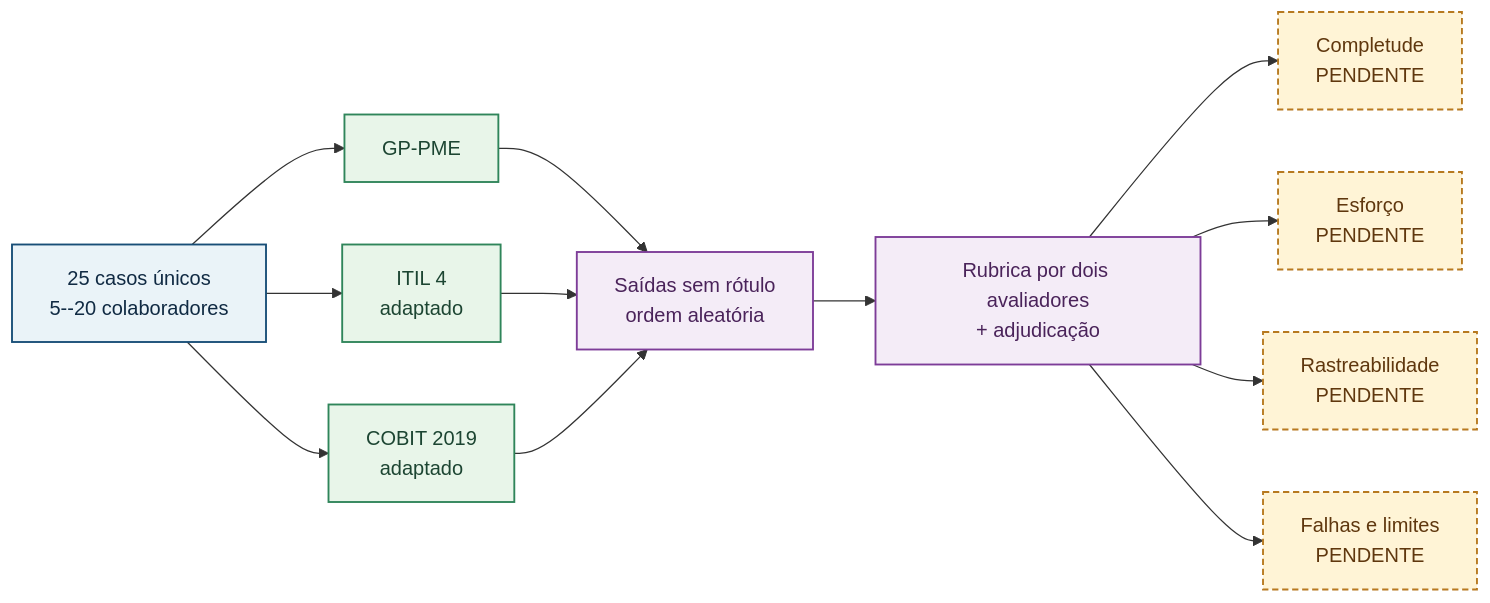
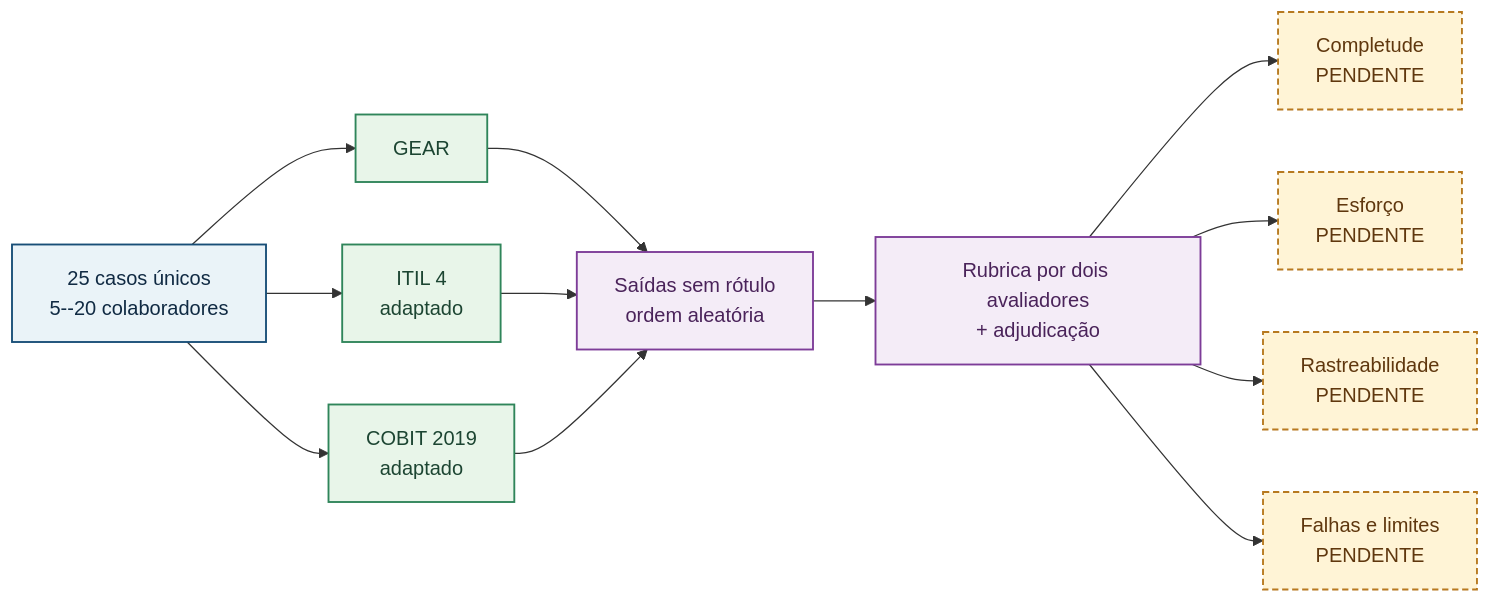
One commit to andrecodexvictor/GP-Pme changed the diagram in GP-Pme Article/overleaf/figures/mermaid/results-template.mmd. Above: the diagram before and after it, drawn with Mermaid. The commit also changed 351 other files, not shown here.

```diff
--- a/GP-Pme Article/overleaf/figures/mermaid/results-template.mmd
+++ b/GP-Pme Article/overleaf/figures/mermaid/results-template.mmd
@@ -1,22 +1,22 @@
 flowchart LR
-    A["25 casos únicos<br/>5--20 colaboradores"] --> B1["GP-PME"]
+    A["25 casos únicos<br/>5--20 colaboradores"] --> B1["GEAR"]
     A --> B2["ITIL 4<br/>adaptado"]
     A --> B3["COBIT 2019<br/>adaptado"]
 
     B1 --> C["Saídas sem rótulo<br/>ordem aleatória"]
     B2 --> C
     B3 --> C
     C --> D["Rubrica por dois avaliadores<br/>+ adjudicação"]
     D --> E1["Completude<br/>PENDENTE"]
     D --> E2["Esforço<br/>PENDENTE"]
     D --> E3["Rastreabilidade<br/>PENDENTE"]
     D --> E4["Falhas e limites<br/>PENDENTE"]
 
     classDef input fill:#EAF3F8,stroke:#184E77,color:#102A43,stroke-width:1.5px;
     classDef arm fill:#E8F5E9,stroke:#2F855A,color:#1C4532,stroke-width:1.5px;
     classDef eval fill:#F4ECF7,stroke:#7D3C98,color:#4A235A,stroke-width:1.5px;
     classDef pending fill:#FFF4D6,stroke:#B7791F,color:#5F370E,stroke-width:1.5px,stroke-dasharray: 5 3;
     class A input;
     class B1,B2,B3 arm;
     class C,D eval;
     class E1,E2,E3,E4 pending;
```
